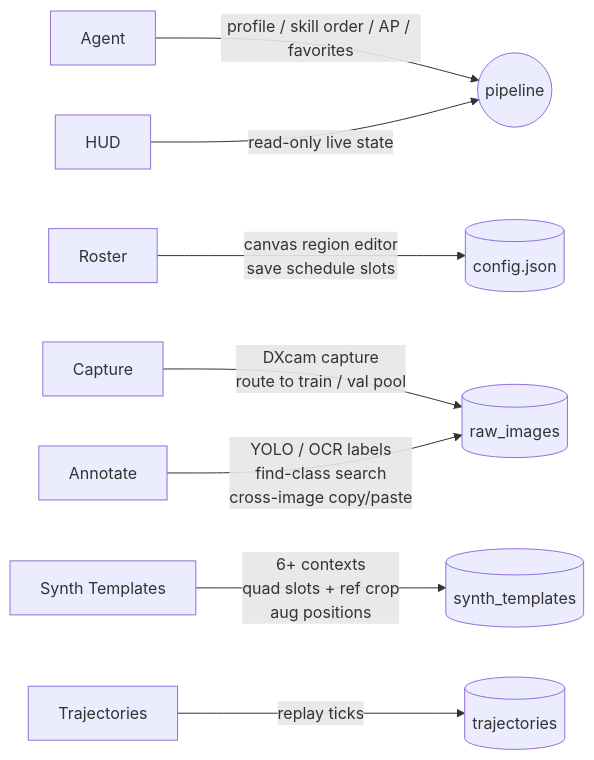
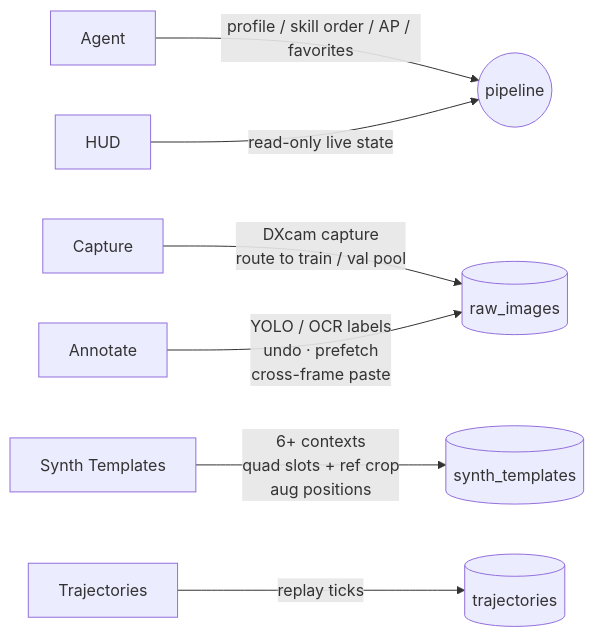
The fifth of 5 diagrams in README.md (C0k11/blue-archive-assistant), drawn with Mermaid before and after one commit. The commit also changed other lines of this file and 7 other files, not shown here.

````diff
--- a/README.md
+++ b/README.md
@@ -241,10 +241,9 @@
 ```mermaid
 flowchart LR
     A[Agent] -- profile / skill order / AP / favorites --> P((pipeline))
     HUD[HUD] -- read-only live state --> P
-    R[Roster] -- canvas region editor<br/>save schedule slots --> CFG[(config.json)]
     C[Capture] -- DXcam capture<br/>route to train / val pool --> RAW[(raw_images)]
-    AN[Annotate] -- YOLO / OCR labels<br/>find-class search<br/>cross-image copy/paste --> RAW
+    AN[Annotate] -- YOLO / OCR labels<br/>undo · prefetch<br/>cross-frame paste --> RAW
     S[Synth Templates] -- 6+ contexts<br/>quad slots + ref crop<br/>aug positions --> TPL[(synth_templates)]
     T[Trajectories] -- replay ticks --> TRJ[(trajectories)]
 ```
````
